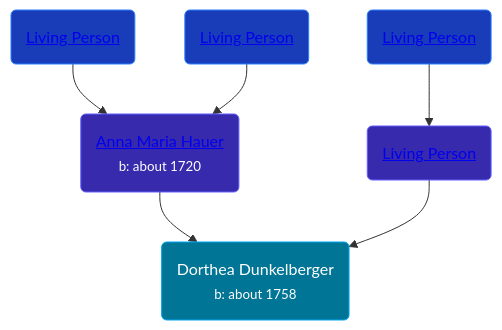
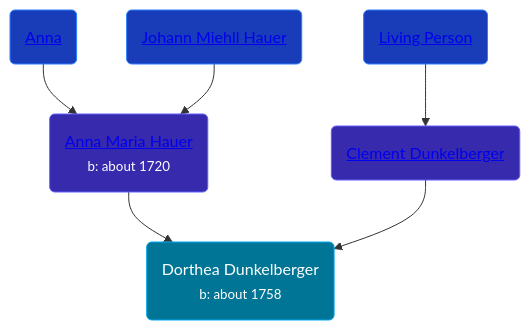
Before and after one commit to wpmgotkh/wpmgotkh.github.io: the diagram in pages/people/5/56682191.md, drawn with Mermaid. The commit also changed other lines of this file and 586 other files, not shown here.

Commit message:
feat: better shouldConsiderPersonLiving algo

````diff
--- a/pages/people/5/56682191.md
+++ b/pages/people/5/56682191.md
@@ -10,12 +10,12 @@
 ```mermaid
 graph
 classDef grands fill:#193cb8,stroke:#2b7fff,stroke-width:1px,color:#fff;
 classDef parents fill:#372aac,stroke:#615fff,stroke-width:1px,color:#fff;
 classDef primary fill:#007595,stroke:#00a6f4,stroke-width:1px,color:#fff;
 56682191(Dorthea Dunkelberger<br /><small>b: about 1758</small>):::primary
 22963774(<a class="text-white" href="/people/2/22963774">Anna Maria Hauer</a><br /><small>b: about 1720</small>):::parents-->56682191
-46044031(<a class="text-white" href="/people/4/46044031">Living Person</a>):::grands-->22963774
-22920858(<a class="text-white" href="/people/2/22920858">Living Person</a>):::grands-->22963774
-13545057(<a class="text-white" href="/people/1/13545057">Living Person</a>):::parents-->56682191
+46044031(<a class="text-white" href="/people/4/46044031">Anna </a>):::grands-->22963774
+22920858(<a class="text-white" href="/people/2/22920858">Johann Miehll Hauer</a>):::grands-->22963774
+13545057(<a class="text-white" href="/people/1/13545057">Clement Dunkelberger</a>):::parents-->56682191
 18284468(<a class="text-white" href="/people/1/18284468">Living Person</a>):::grands-->13545057
 ```
````
